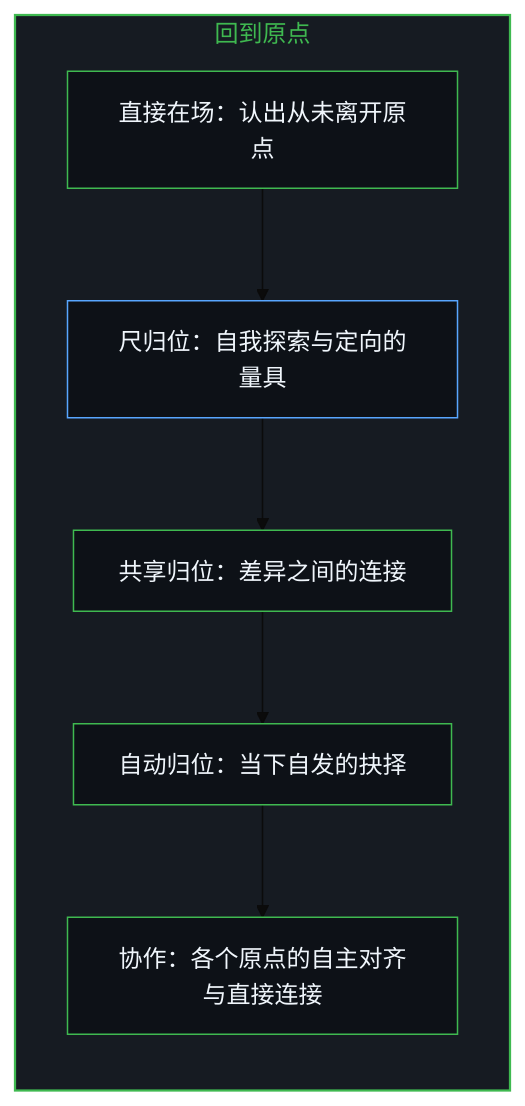
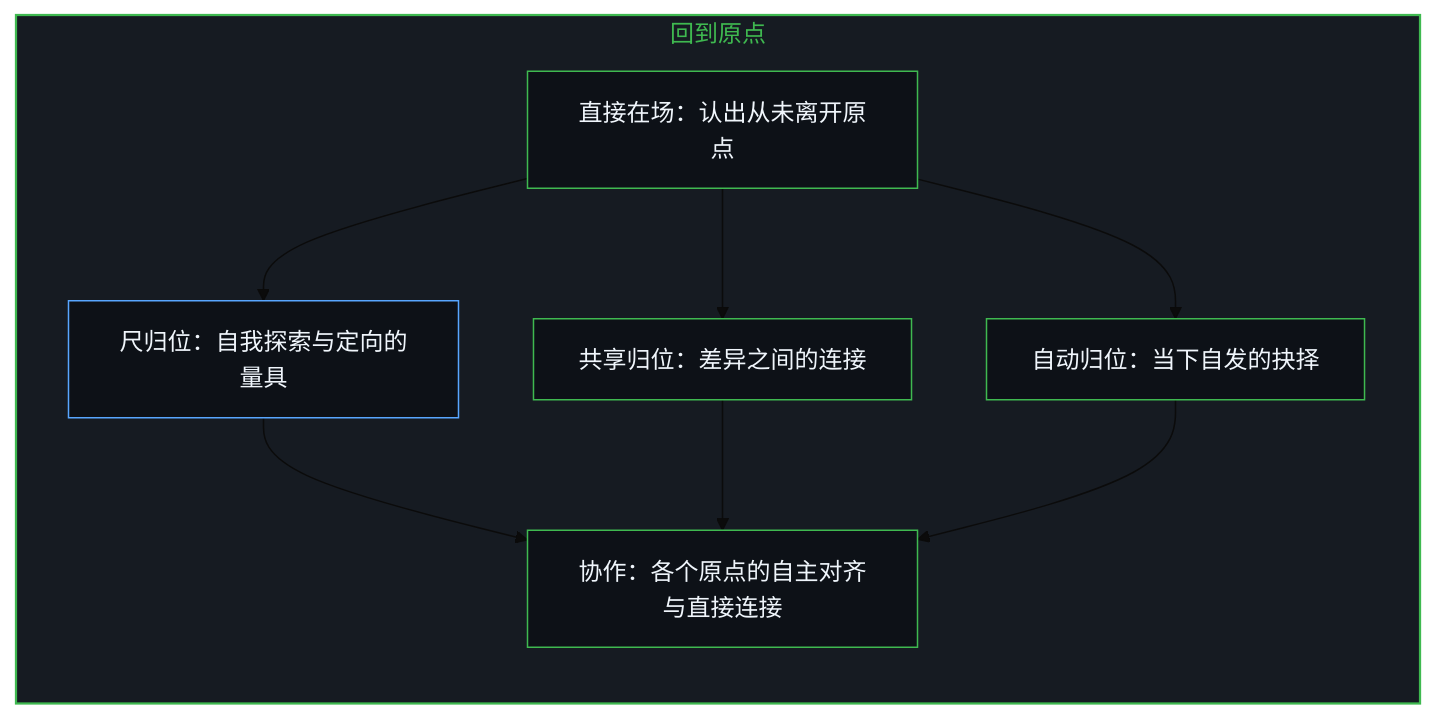
Diagram 11 of 12 in content/posts/the-illusion-of-distance-and-the-dual-ruler.md (powerpig99/not-a-toe), drawn with Mermaid (base theme) before and after one commit. The commit also changed other lines of this file and 1 other file, not shown here.

````diff
--- a/content/posts/the-illusion-of-distance-and-the-dual-ruler.md
+++ b/content/posts/the-illusion-of-distance-and-the-dual-ruler.md
@@ -289,21 +289,23 @@
 ```mermaid
 flowchart TD
     subgraph S_Return["回到原点"]
         direction TB
         Present["直接在场：认出从未离开原点"]
         Tools["尺归位：自我探索与定向的量具"]
         Shared["共享归位：差异之间的连接"]
         Auto["自动归位：当下自发的抉择"]
         Coord["协作：各个原点的自主对齐与直接连接"]
         Present --> Tools
-        Tools --> Shared
-        Shared --> Auto
+        Present --> Shared
+        Present --> Auto
+        Tools --> Coord
+        Shared --> Coord
         Auto --> Coord
     end
     style S_Return fill:#161b22,stroke:#3fb950,stroke-width:1.5px,color:#3fb950
     style Present fill:#0d1117,stroke:#3fb950,stroke-width:1px,color:#f0f6fc
     style Tools fill:#0d1117,stroke:#58a6ff,stroke-width:1px,color:#f0f6fc
     style Shared fill:#0d1117,stroke:#3fb950,stroke-width:1px,color:#f0f6fc
     style Auto fill:#0d1117,stroke:#3fb950,stroke-width:1px,color:#f0f6fc
     style Coord fill:#0d1117,stroke:#3fb950,stroke-width:1px,color:#f0f6fc
 ```
````
